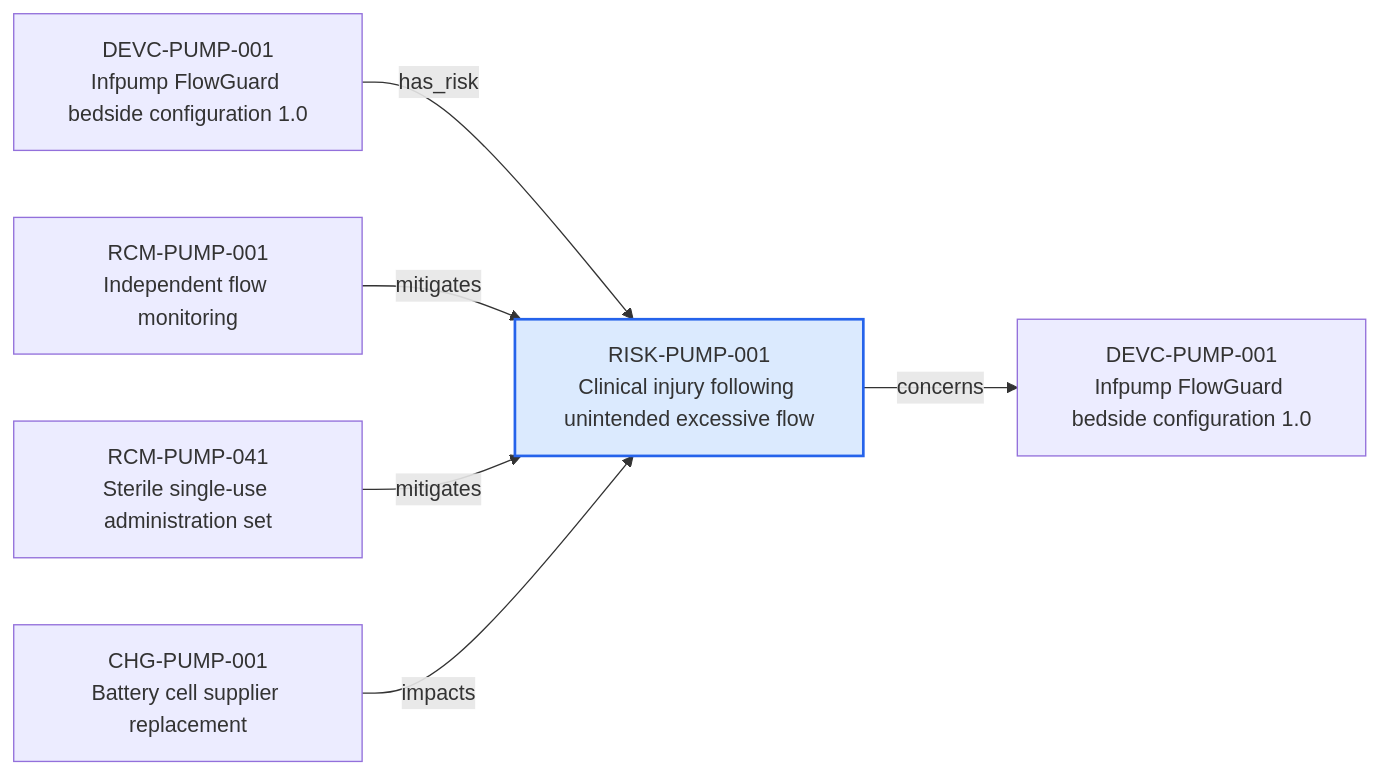
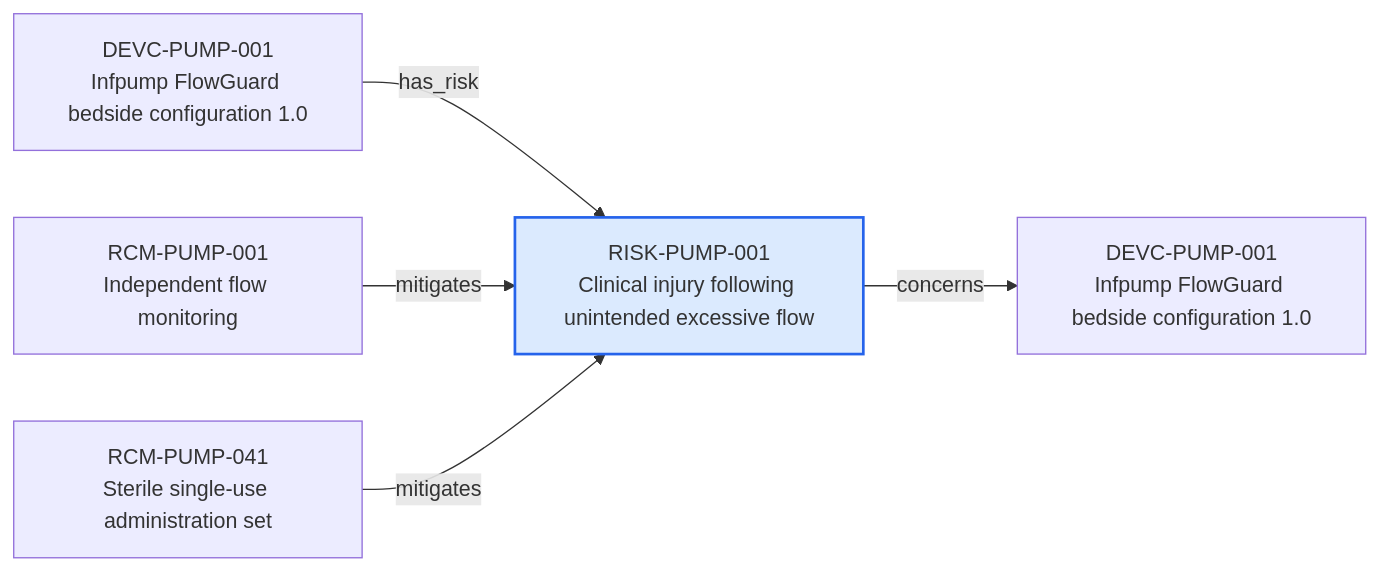
The diagram in content/06-Infpump FlowGuard ontology notes/risk/RISK-PUMP-001-clinical-injury-following-unintended-excessive-flow.md (mvattulainen/mdrontology), drawn with Mermaid before and after one commit. The commit also changed other lines of this file and 30 other files, not shown here.

````diff
--- a/content/06-Infpump FlowGuard ontology notes/risk/RISK-PUMP-001-clinical-injury-following-unintended-excessive-flow.md
+++ b/content/06-Infpump FlowGuard ontology notes/risk/RISK-PUMP-001-clinical-injury-following-unintended-excessive-flow.md
@@ -75,16 +75,14 @@
 ```mermaid
 flowchart LR
   CURRENT["RISK-PUMP-001<br/>Clinical injury following unintended excessive flow"]
   PREV0["DEVC-PUMP-001<br/>Infpump FlowGuard bedside configuration 1.0"]
   PREV0 -->|"has_risk"| CURRENT
   PREV1["RCM-PUMP-001<br/>Independent flow monitoring"]
   PREV1 -->|"mitigates"| CURRENT
   PREV2["RCM-PUMP-041<br/>Sterile single-use administration set"]
   PREV2 -->|"mitigates"| CURRENT
-  PREV3["CHG-PUMP-001<br/>Battery cell supplier replacement"]
-  PREV3 -->|"impacts"| CURRENT
   NEXT0["DEVC-PUMP-001<br/>Infpump FlowGuard bedside configuration 1.0"]
   CURRENT -->|"concerns"| NEXT0
   classDef current fill:#dbeafe,stroke:#2563eb,stroke-width:2px
   class CURRENT current
 ```
````
